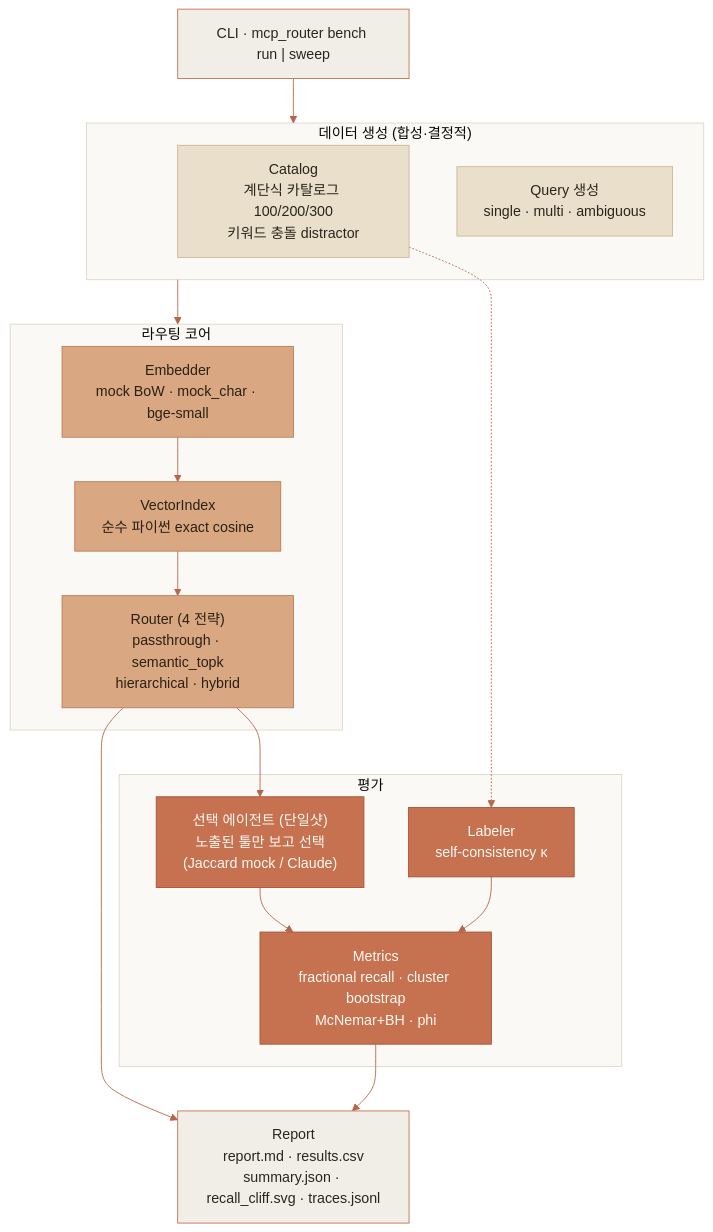
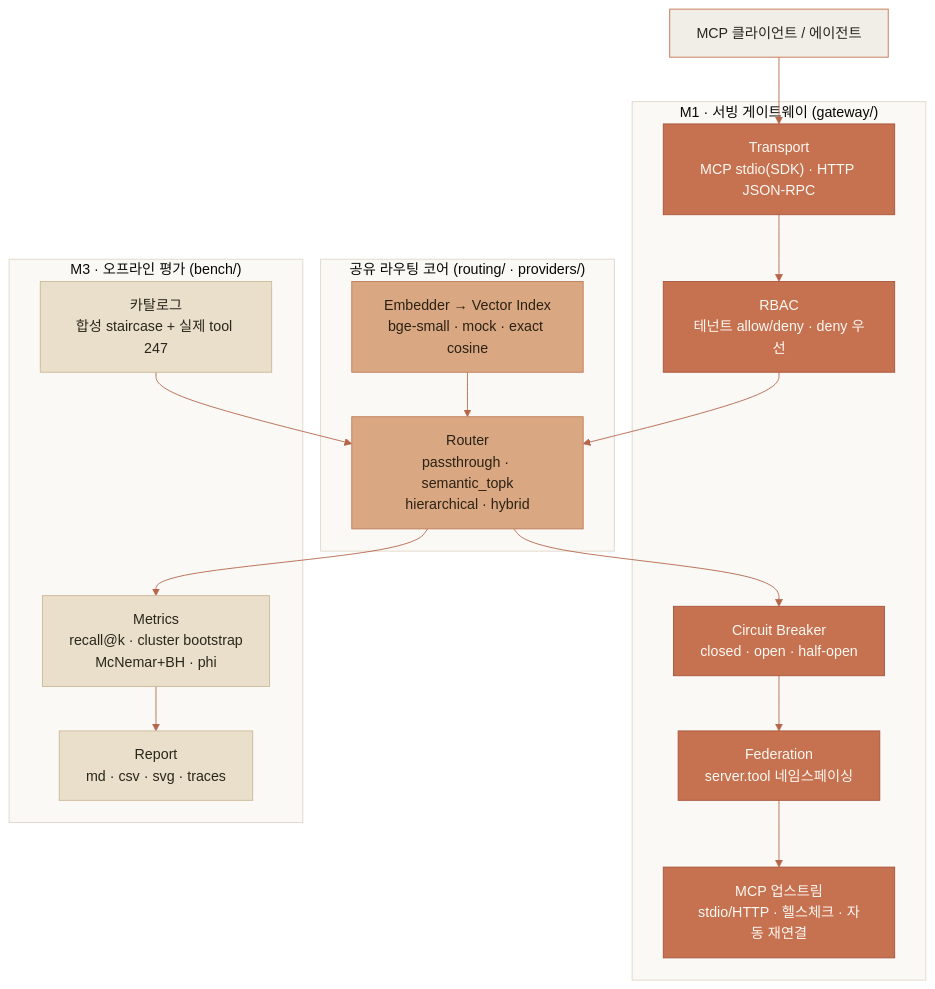
Before and after one commit to HongJungWan/mcp-router: the first of 2 diagrams in README.md, drawn with Mermaid. The commit also changed other lines of this file and 1 other file, not shown here.

First line of the commit message:
docs: portfolio-style README + refreshed CLAUDE.md

````diff
--- a/README.md
+++ b/README.md
@@ -79,38 +37,36 @@
 ```mermaid
 %%{init: {"theme":"base","themeVariables":{"fontFamily":"Pretendard, Segoe UI, sans-serif","primaryColor":"#F0EEE6","primaryTextColor":"#29261B","primaryBorderColor":"#C6714F","lineColor":"#B5654A","clusterBkg":"#FAF9F5","clusterBorder":"#DED7C9"}}}%%
 flowchart TB
-    CLI["CLI · mcp_router bench run | sweep"]
+    CLIENT["MCP 클라이언트 / 에이전트"]
 
-    subgraph GEN["데이터 생성 (합성·결정적)"]
-        CAT["Catalog<br/>계단식 카탈로그 100/200/300<br/>키워드 충돌 distractor"]
-        QRY["Query 생성<br/>single · multi · ambiguous"]
+    subgraph M1["M1 · 서빙 게이트웨이 (gateway/)"]
+        TR["Transport<br/>MCP stdio(SDK) · HTTP JSON-RPC"]
+        RB["RBAC<br/>테넌트 allow/deny · deny 우선"]
+        CB["Circuit Breaker<br/>closed · open · half-open"]
+        FD["Federation<br/>server.tool 네임스페이싱"]
+        UP["MCP 업스트림<br/>stdio/HTTP · 헬스체크 · 자동 재연결"]
     end
 
-    subgraph CORE["라우팅 코어"]
-        EMB["Embedder<br/>mock BoW · mock_char · bge-small"]
-        IDX["VectorIndex<br/>순수 파이썬 exact cosine"]
-        RTR["Router (4 전략)<br/>passthrough · semantic_topk<br/>hierarchical · hybrid"]
+    subgraph CORE["공유 라우팅 코어 (routing/ · providers/)"]
+        EM["Embedder → Vector Index<br/>bge-small · mock · exact cosine"]
+        RT["Router<br/>passthrough · semantic_topk<br/>hierarchical · hybrid"]
     end
 
-    subgraph EVAL["평가"]
-        AGT["선택 에이전트 (단일샷)<br/>노출된 툴만 보고 선택<br/>(Jaccard mock / Claude)"]
-        LBL["Labeler<br/>self-consistency κ"]
-        MET["Metrics<br/>fractional recall · cluster bootstrap<br/>McNemar+BH · phi"]
+    subgraph M3["M3 · 오프라인 평가 (bench/)"]
+        CAT["카탈로그<br/>합성 staircase + 실제 tool 247"]
+        MET["Metrics<br/>recall@k · cluster bootstrap<br/>McNemar+BH · phi"]
+        RPT["Report<br/>md · csv · svg · traces"]
     end
 
-    OUT["Report<br/>report.md · results.csv<br/>summary.json · recall_cliff.svg · traces.jsonl"]
+    CLIENT --> TR --> RB --> RT
+    RT --> CB --> FD --> UP
+    EM --> RT
+    CAT --> RT --> MET --> RPT
 
-    CLI --> GEN --> CORE
-    EMB --> IDX --> RTR
-    RTR --> AGT --> MET
-    CAT -.-> LBL --> MET
-    RTR --> OUT
-    MET --> OUT
-
-    classDef gen fill:#EADFCB,stroke:#CBB897,color:#29261B;
+    classDef m1 fill:#C6714F,stroke:#A8543A,color:#FCF9F3;
     classDef core fill:#D9A883,stroke:#BE7C57,color:#2B2013;
-    classDef eval fill:#C6714F,stroke:#A8543A,color:#FCF9F3;
-    class CAT,QRY gen;
-    class EMB,IDX,RTR core;
-    class AGT,LBL,MET eval;
+    classDef m3 fill:#EADFCB,stroke:#CBB897,color:#29261B;
+    class TR,RB,CB,FD,UP m1;
+    class EM,RT core;
+    class CAT,MET,RPT m3;
 ```
````
